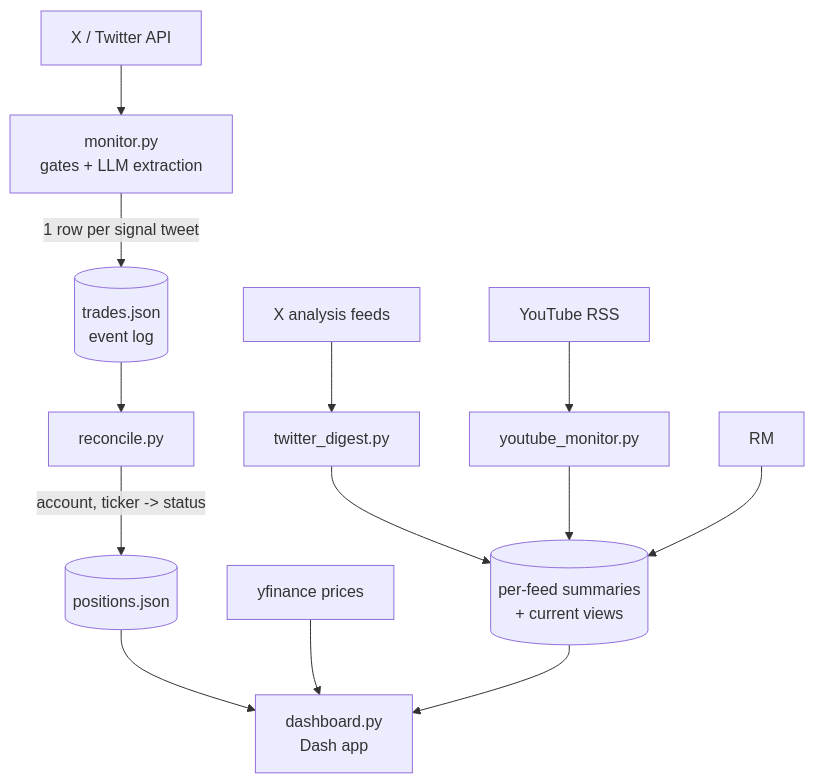
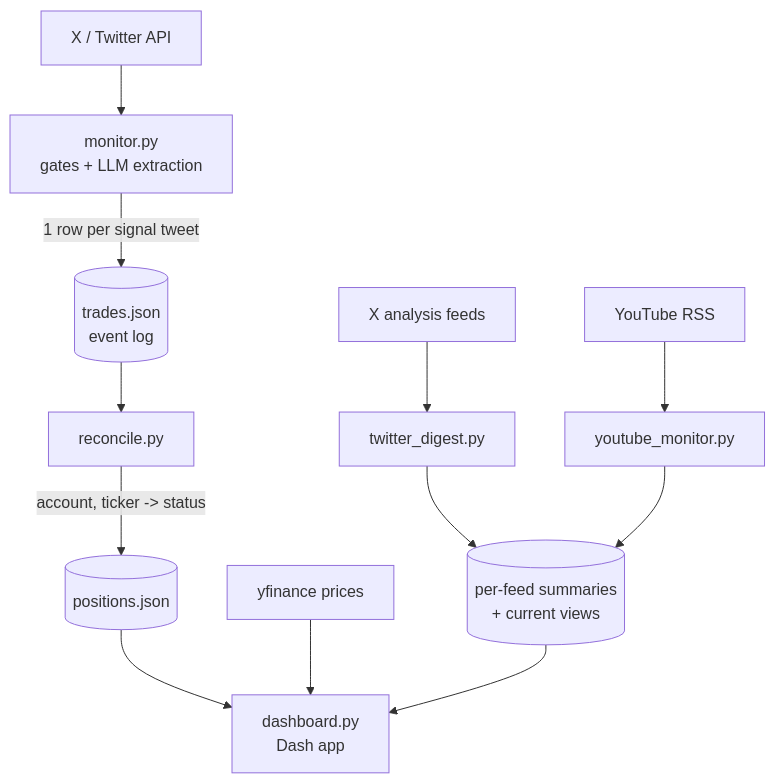
One commit to fabibal/hindsight changed the diagram in README.md. Above: the diagram before and after it, drawn with Mermaid. The commit also changed other lines of this file and 1 other file, not shown here.

Commit message:
Update README to current architecture; drop SSH key name from backup script comment

````diff
--- a/README.md
+++ b/README.md
@@ -78,15 +101,14 @@
 ```mermaid
 flowchart TD
     X[X / Twitter API] --> M[monitor.py<br/>gates + LLM extraction]
     M -->|1 row per signal tweet| T[(trades.json<br/>event log)]
     T --> R[reconcile.py]
     R -->|account, ticker -> status| P[(positions.json)]
     P --> D[dashboard.py<br/>Dash app]
     yf[yfinance prices] --> D
     XD[X analysis feeds] --> TD[twitter_digest.py]
     YT[YouTube RSS] --> YM[youtube_monitor.py]
     TD --> S[(per-feed summaries<br/>+ current views)]
     YM --> S
-    RM --> S
     S --> D
 ```
````
